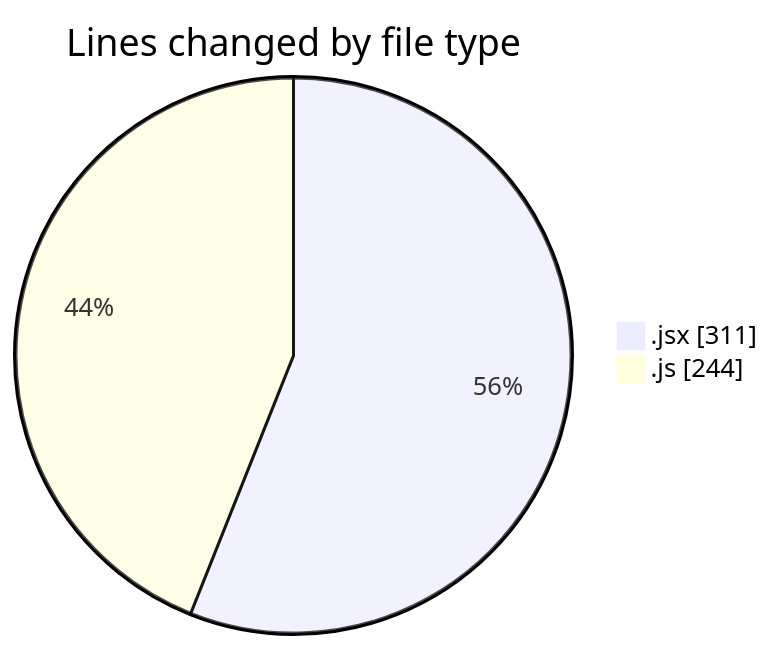
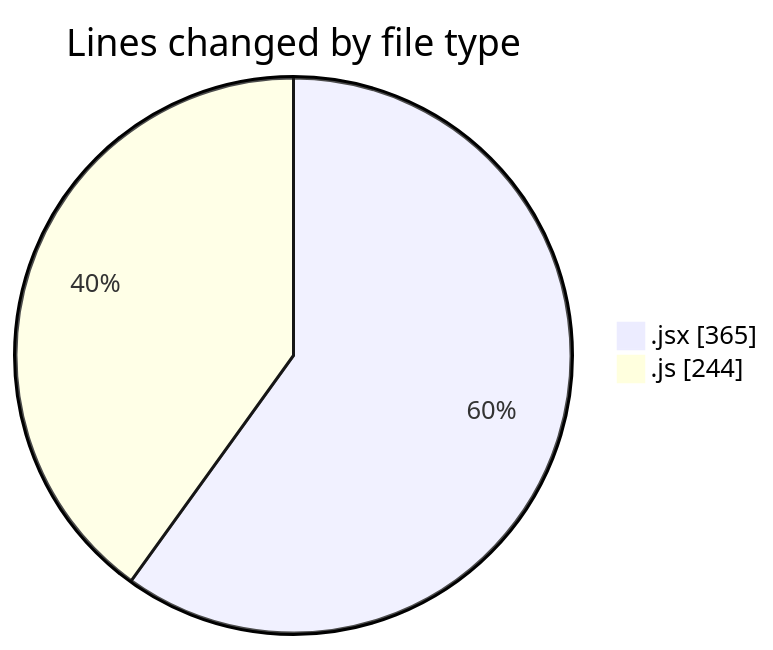
One commit to nxtqubesakshisongat/code-tracking changed the first of 2 diagrams in 2025-12-14/nxtqube_webapp/README.md. Above: the diagram before and after it, drawn with Mermaid. The commit also changed other lines of this file and 1 other file, not shown here.

````diff
--- a/2025-12-14/nxtqube_webapp/README.md
+++ b/2025-12-14/nxtqube_webapp/README.md
@@ -22,6 +22,6 @@
 ```mermaid
 pie showData
 title Lines changed by file type
-".jsx" : 311
+".jsx" : 365
 ".js" : 244
 ```
````
